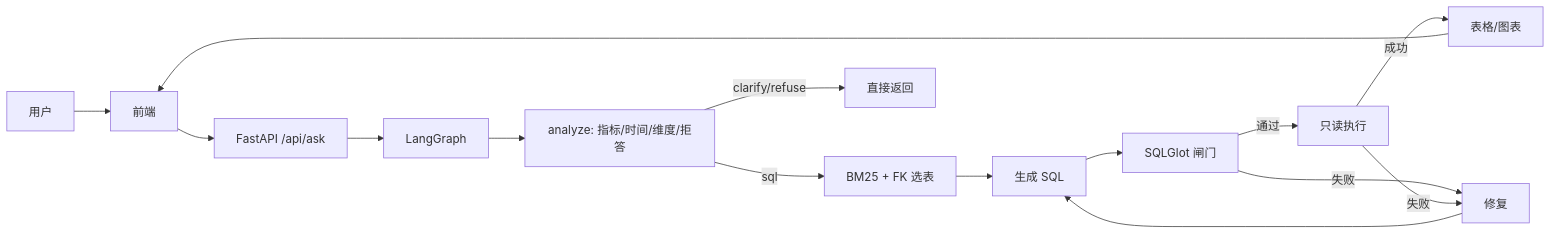
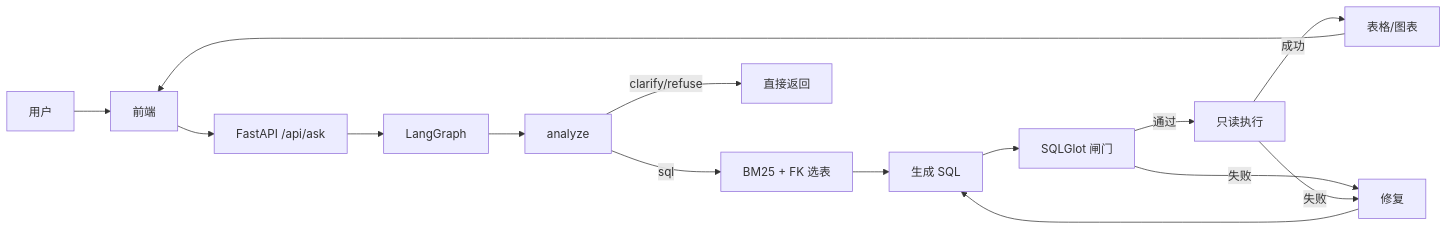
One commit to AikingChoice/askdata-agent changed the diagram in README.md. Above: the diagram before and after it, drawn with Mermaid. The commit also changed other lines of this file, not shown here.

````diff
--- a/README.md
+++ b/README.md
@@ -21,17 +46,17 @@
 ```mermaid
 flowchart LR
     U[用户] --> UI[前端]
     UI --> API[FastAPI /api/ask]
     API --> G[LangGraph]
-    G --> A[analyze: 指标/时间/维度/拒答]
+    G --> A[analyze]
     A -->|sql| R[BM25 + FK 选表]
     A -->|clarify/refuse| E[直接返回]
     R --> S[生成 SQL]
     S --> Q[SQLGlot 闸门]
     Q -->|通过| X[只读执行]
     Q -->|失败| P[修复]
     X -->|成功| T[表格/图表]
     X -->|失败| P
     P --> S
     T --> UI
 ```
````
